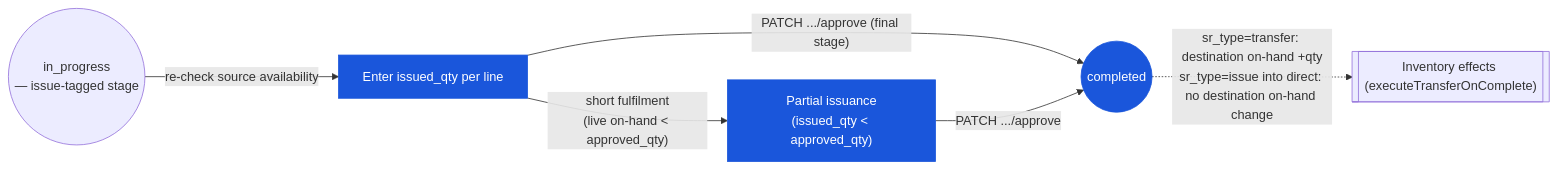
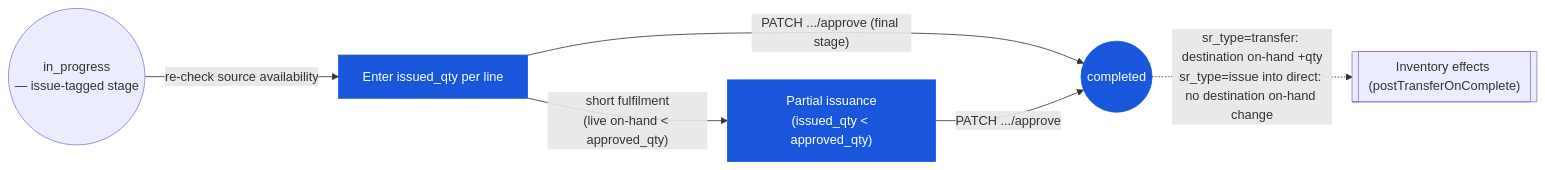
The diagram in en/inventory/store-requisition/03-user-flow-fulfiller.md (CarmenSoftware-organization/carmen-wiki), drawn with Mermaid before and after one commit. The commit also changed other lines of this file and 15 other files, not shown here.

````diff
--- a/en/inventory/store-requisition/03-user-flow-fulfiller.md
+++ b/en/inventory/store-requisition/03-user-flow-fulfiller.md
@@ -25,9 +26,9 @@
 ```mermaid
 graph LR
     approved(("in_progress\n— issue-tagged stage")) -->|"re-check source availability"| pick["Enter issued_qty per line"]:::current
     pick -->|"PATCH .../approve (final stage)"| completed(("completed")):::current
     pick -->|"short fulfilment\n(live on-hand < approved_qty)"| partial["Partial issuance\n(issued_qty < approved_qty)"]:::current
     partial -->|"PATCH .../approve"| completed
-    completed -.->|"sr_type=transfer: destination on-hand +qty\nsr_type=issue into direct: no destination on-hand change"| effects[["Inventory effects (executeTransferOnComplete)"]]
+    completed -.->|"sr_type=transfer: destination on-hand +qty\nsr_type=issue into direct: no destination on-hand change"| effects[["Inventory effects (postTransferOnComplete)"]]
     classDef current fill:#1a56db,color:#fff,stroke:#1a56db;
 ```
````
